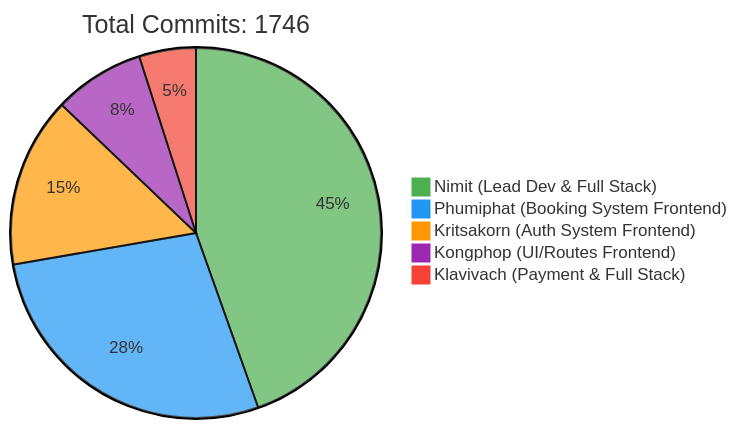
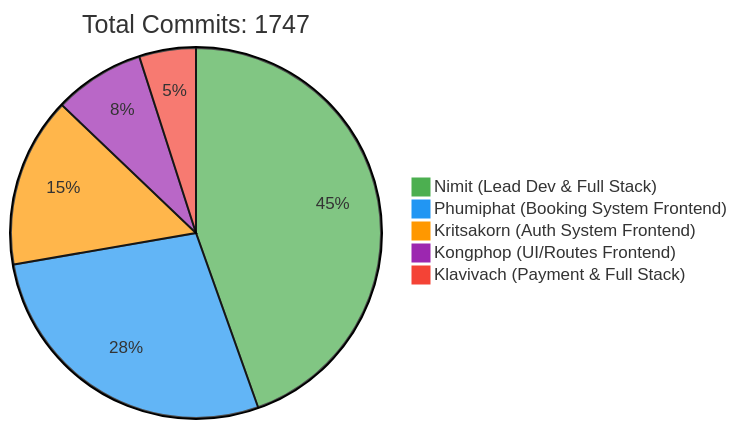
One commit to 6531503042/Sport-Complex changed the first of 2 diagrams in README.md. Above: the diagram before and after it, drawn with Mermaid. The commit also changed other lines of this file, not shown here.

Commit message:
docs: Update contributor statistics [skip ci]

````diff
--- a/README.md
+++ b/README.md
@@ -257,10 +257,10 @@
 ```mermaid
 %%{init: {'theme': 'base', 'themeVariables': { 'pie1': '#4CAF50', 'pie2': '#2196F3', 'pie3': '#FF9800', 'pie4': '#9C27B0', 'pie5': '#F44336'}}}%%
 pie
-    title Total Commits: 1746
+    title Total Commits: 1747
     "Nimit (Lead Dev & Full Stack)" : 450
     "Phumiphat (Booking System Frontend)" : 280
     "Kritsakorn (Auth System Frontend)" : 150
     "Kongphop (UI/Routes Frontend)" : 80
     "Klavivach (Payment & Full Stack)" : 50
 ```
````
